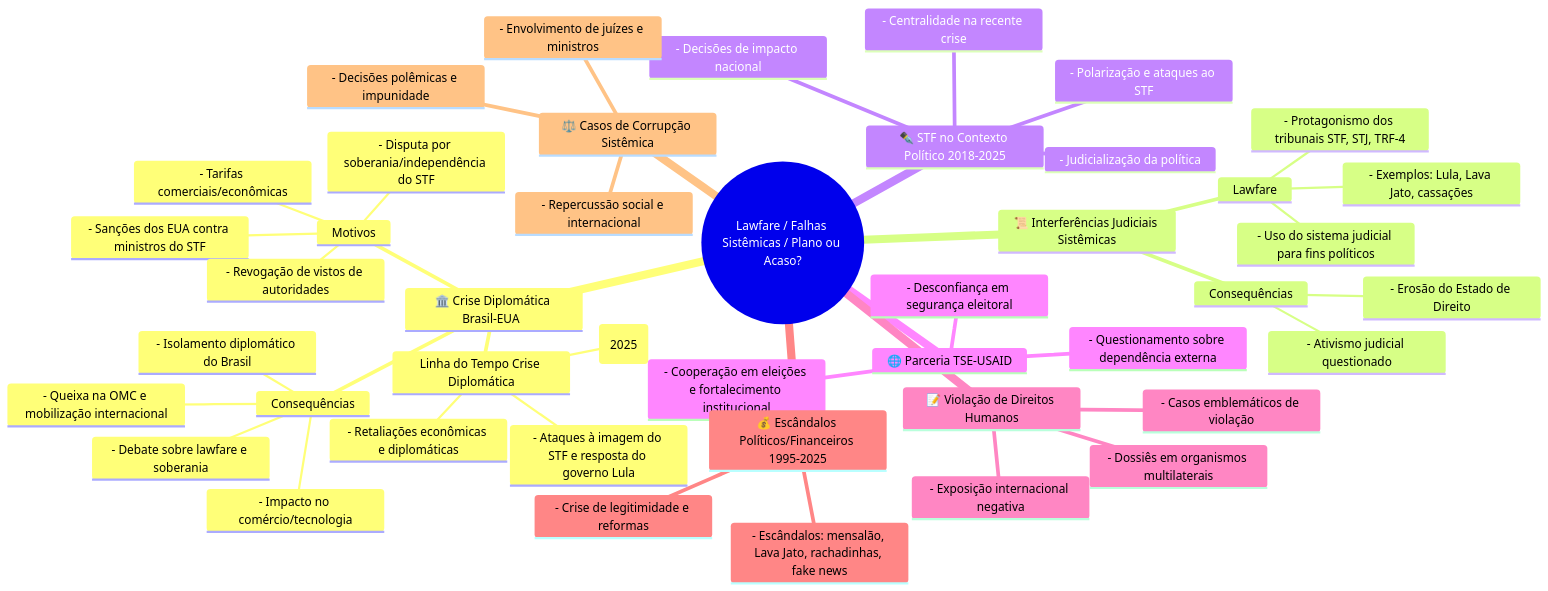
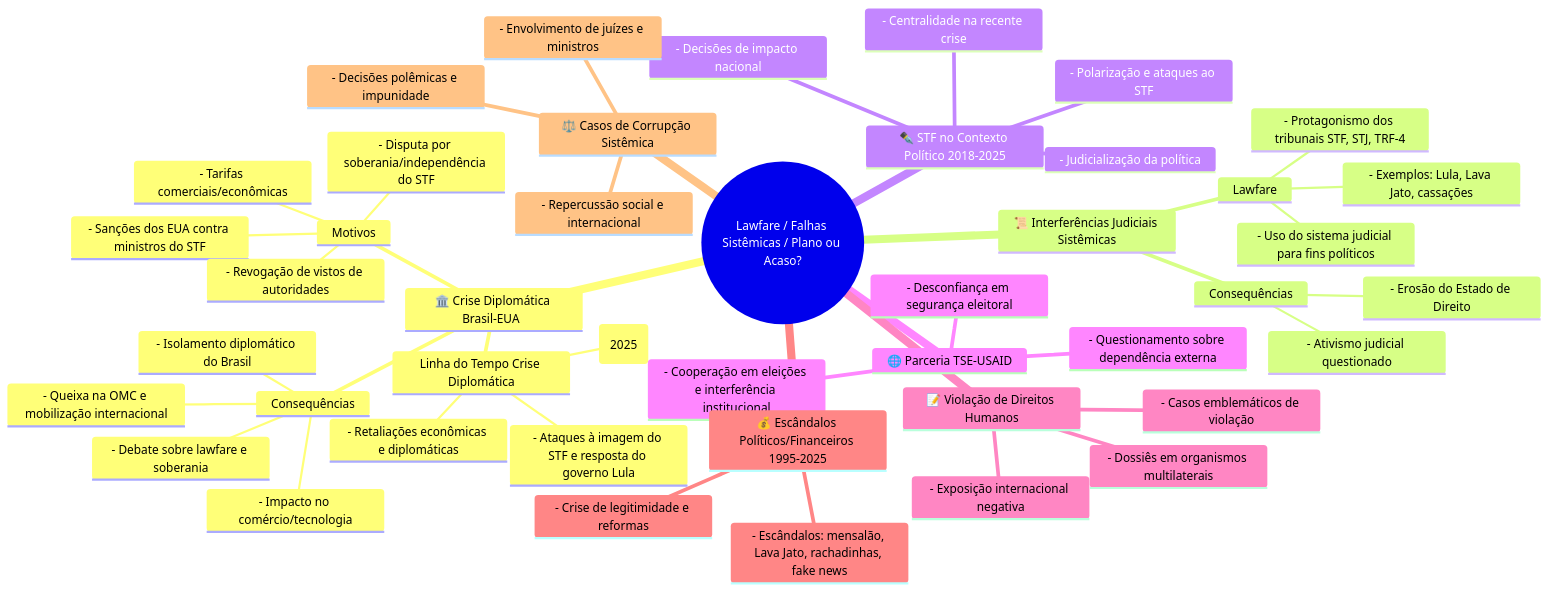
Before and after one commit to araguaci/lawfare-timeline: the diagram in _tabs/about.md, drawn with Mermaid. The commit also changed 2095 other files, not shown here.

````diff
--- a/_tabs/about.md
+++ b/_tabs/about.md
@@ -13,47 +13,47 @@
 ```mermaid
 mindmap
   root((Lawfare / Falhas Sistêmicas / Plano ou Acaso?))
     🏛️ Crise Diplomática Brasil-EUA  
       Motivos
         - Sanções dos EUA contra ministros do STF
         - Tarifas comerciais/econômicas
         - Revogação de vistos de autoridades
         - Disputa por soberania/independência do STF
       Consequências
         - Isolamento diplomático do Brasil
         - Impacto no comércio/tecnologia
         - Queixa na OMC e mobilização internacional
         - Debate sobre lawfare e soberania
       Linha do Tempo Crise Diplomática
         - Início das sanções (2025)
         - Ataques à imagem do STF e resposta do governo Lula
         - Retaliações econômicas e diplomáticas
     📜 Interferências Judiciais Sistêmicas
       Lawfare
         - Uso do sistema judicial para fins políticos
         - Protagonismo dos tribunais STF, STJ, TRF-4
         - Exemplos: Lula, Lava Jato, cassações
       Consequências
         - Erosão do Estado de Direito
         - Ativismo judicial questionado
     ✒️ STF no Contexto Político 2018-2025
       - Judicialização da política
       - Decisões de impacto nacional
       - Polarização e ataques ao STF
       - Centralidade na recente crise
     🌐 Parceria TSE-USAID
-      - Cooperação em eleições e fortalecimento institucional
+      - Cooperação em eleições e interferência institucional
       - Questionamento sobre dependência externa
       - Desconfiança em segurança eleitoral
     📝 Violação de Direitos Humanos
       - Casos emblemáticos de violação
       - Exposição internacional negativa
       - Dossiês em organismos multilaterais
     💰 Escândalos Políticos/Financeiros 1995-2025
       - Escândalos: mensalão, Lava Jato, rachadinhas, fake news
       - Crise de legitimidade e reformas
     ⚖️ Casos de Corrupção Sistêmica
       - Envolvimento de juízes e ministros
       - Decisões polêmicas e impunidade
       - Repercussão social e internacional
 ```
````
